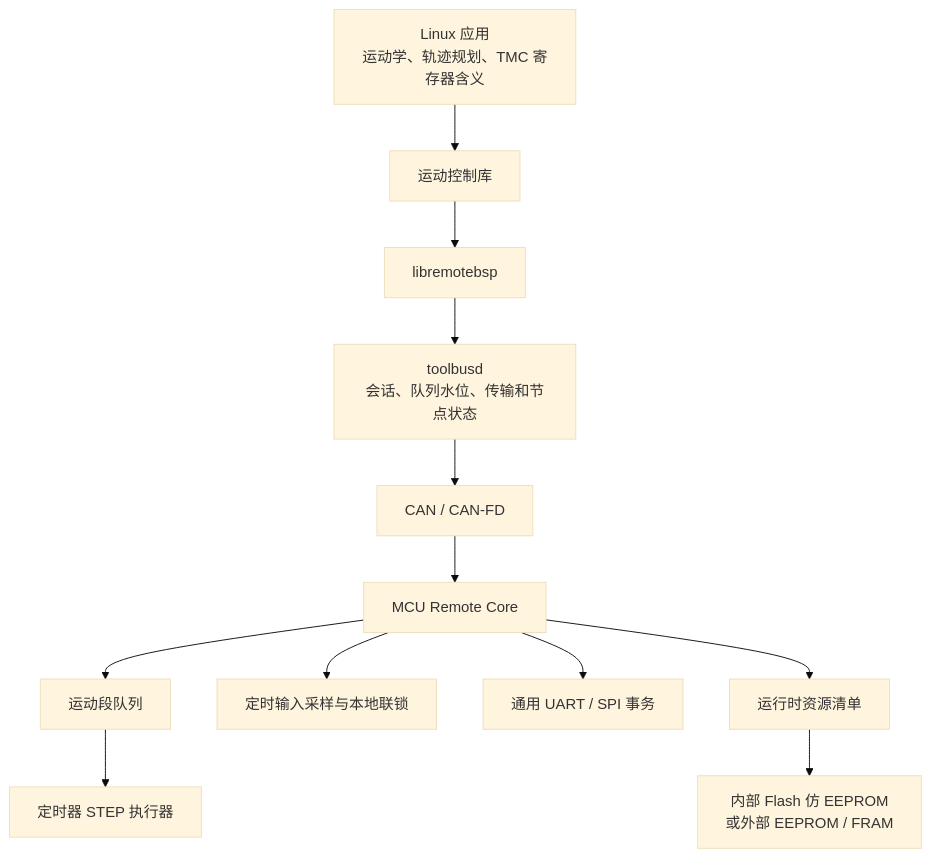
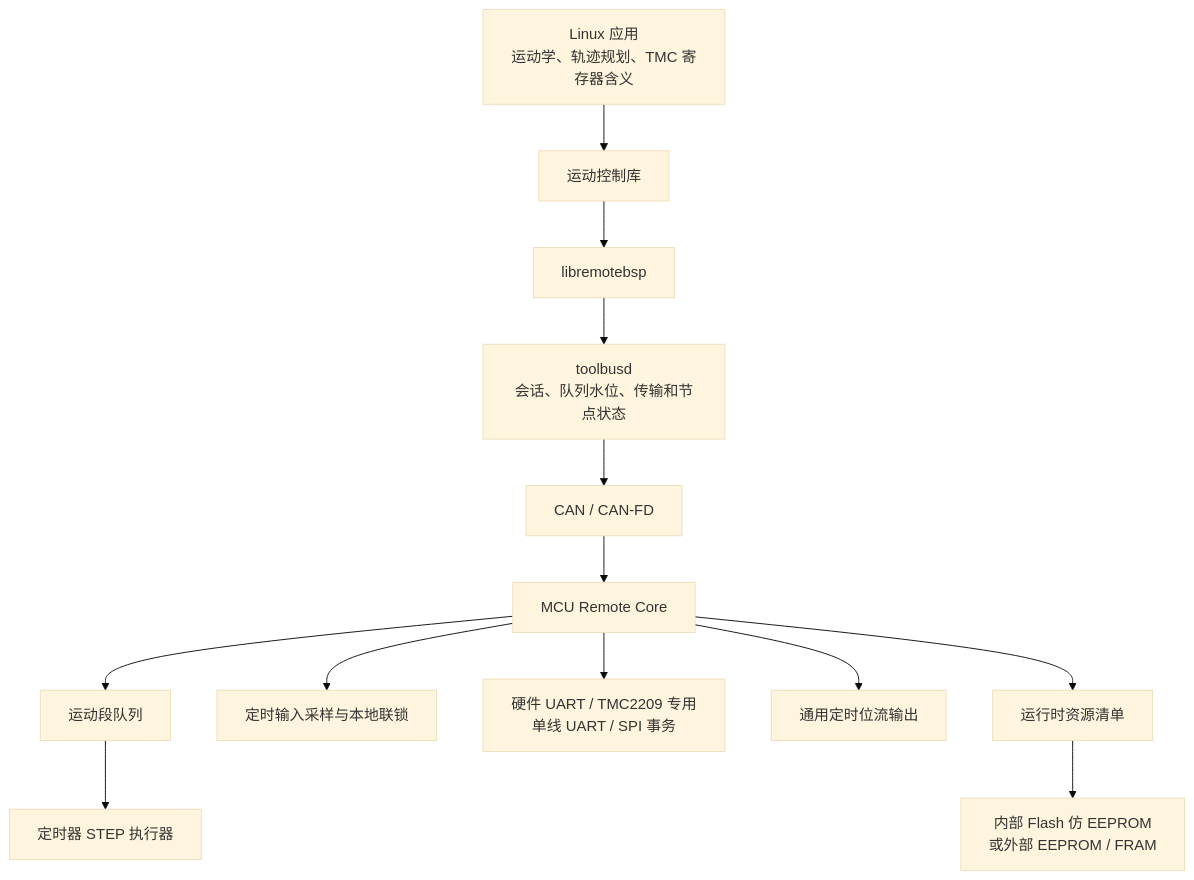
One commit to sendu2wfdx/RemoteBSP changed the diagram in docs/intelligent-motion-resources.md. Above: the diagram before and after it, drawn with Mermaid (base theme). The commit also changed other lines of this file and 118 other files, not shown here.

````diff
--- a/docs/intelligent-motion-resources.md
+++ b/docs/intelligent-motion-resources.md
@@ -26,14 +61,15 @@
 ```mermaid
 flowchart TD
     A["Linux 应用<br/>运动学、轨迹规划、TMC 寄存器含义"] --> B["运动控制库"]
     B --> C["libremotebsp"]
     C --> D["toolbusd<br/>会话、队列水位、传输和节点状态"]
     D --> E["CAN / CAN-FD"]
     E --> F["MCU Remote Core"]
     F --> G["运动段队列"]
     G --> H["定时器 STEP 执行器"]
     F --> I["定时输入采样与本地联锁"]
-    F --> J["通用 UART / SPI 事务"]
+    F --> J["硬件 UART / TMC2209 专用单线 UART / SPI 事务"]
+    F --> M["通用定时位流输出"]
     F --> K["运行时资源清单"]
     K --> L["内部 Flash 仿 EEPROM<br/>或外部 EEPROM / FRAM"]
 ```
````
